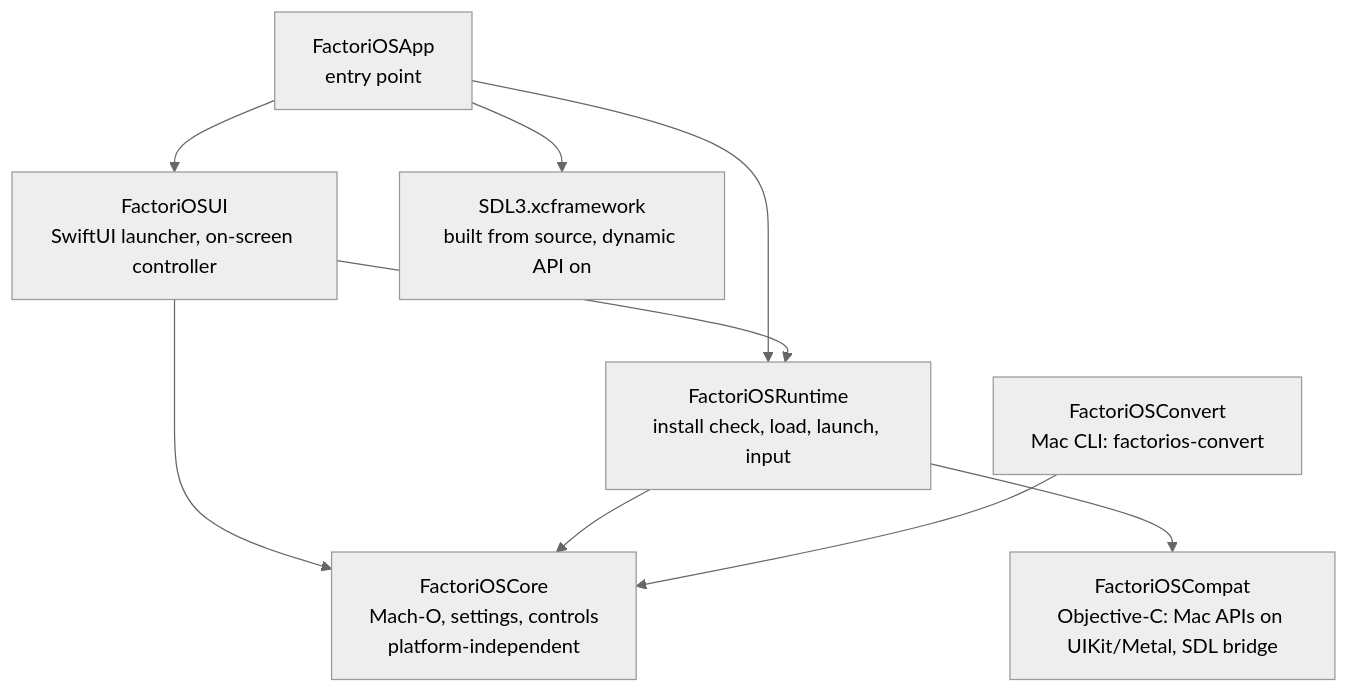
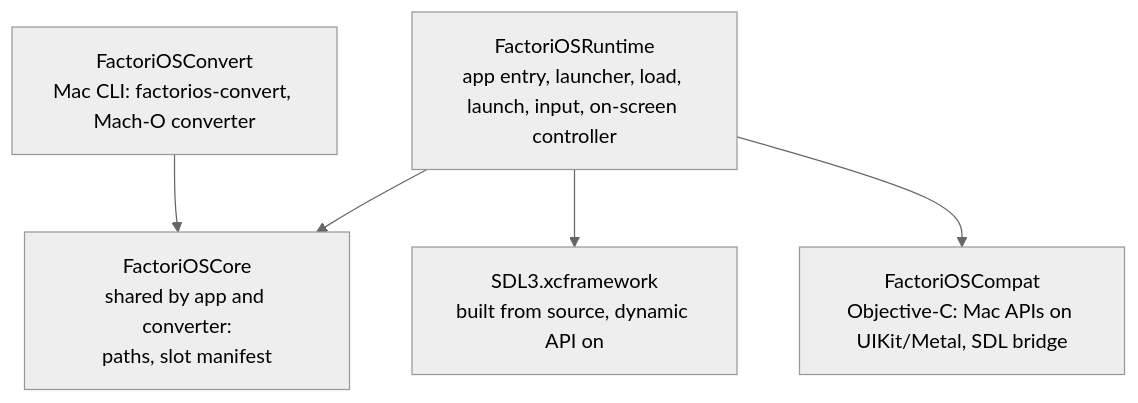
One commit to klesersurovyj-a11y/factorios changed the first of 3 diagrams in docs/architecture.md. Above: the diagram before and after it, drawn with Mermaid (neutral theme). The commit also changed other lines of this file and 110 other files, not shown here.

````diff
--- a/docs/architecture.md
+++ b/docs/architecture.md
@@ -8,11 +8,7 @@
 ```mermaid
 flowchart TB
-    App[FactoriOSApp<br/>entry point] --> UI[FactoriOSUI<br/>SwiftUI launcher, on-screen controller]
-    App --> Runtime
-    App --> SDL[SDL3.xcframework<br/>built from source, dynamic API on]
-    UI --> Runtime[FactoriOSRuntime<br/>install check, load, launch, input]
-    UI --> Core
-    Runtime --> Core[FactoriOSCore<br/>Mach-O, settings, controls<br/>platform-independent]
+    Runtime[FactoriOSRuntime<br/>app entry, launcher, load, launch, input, on-screen controller] --> Core[FactoriOSCore<br/>shared by app and converter:<br/>paths, slot manifest]
+    Runtime --> SDL[SDL3.xcframework<br/>built from source, dynamic API on]
     Runtime --> Compat[FactoriOSCompat<br/>Objective-C: Mac APIs on UIKit/Metal, SDL bridge]
-    Convert[FactoriOSConvert<br/>Mac CLI: factorios-convert] --> Core
+    Convert[FactoriOSConvert<br/>Mac CLI: factorios-convert, Mach-O converter] --> Core
 ```
````
